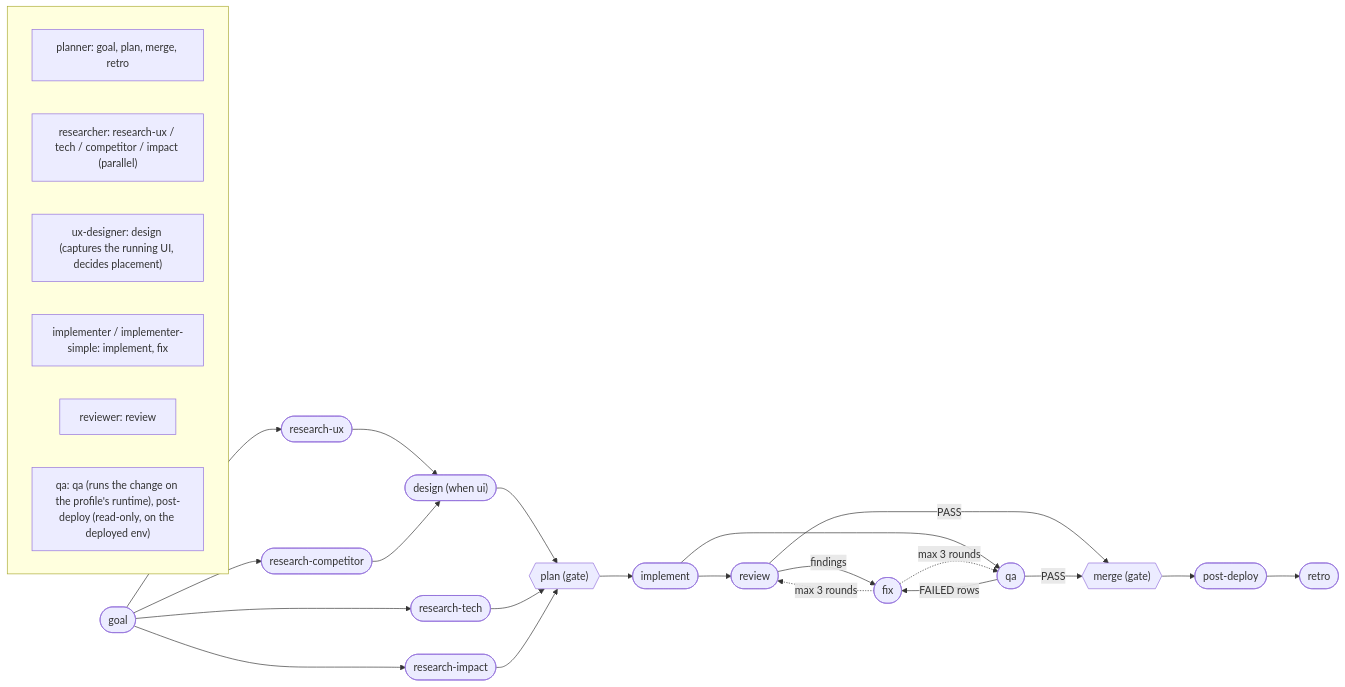
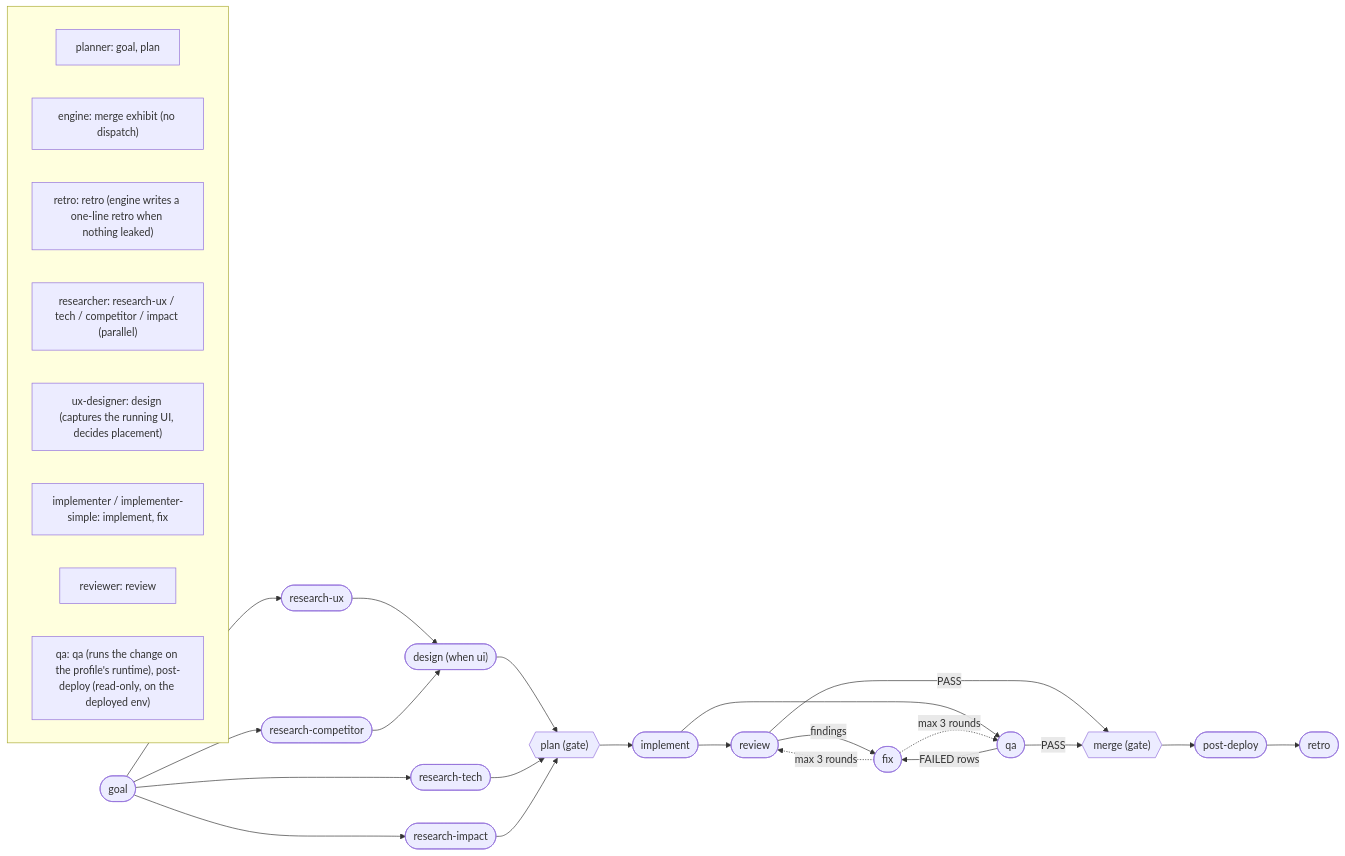
The diagram in README.md (ShonP/graph-engineering), drawn with Mermaid before and after one commit. The commit also changed other lines of this file and 1 other file, not shown here.

````diff
--- a/README.md
+++ b/README.md
@@ -31,23 +31,25 @@
 ```mermaid
 flowchart LR
     goal([goal]) --> rux([research-ux]) & rtech([research-tech]) & rcomp([research-competitor]) & rimp([research-impact])
     rux & rcomp --> design(["design (when ui)"])
     design & rtech & rimp --> plan{{"plan (gate)"}}
     plan --> implement([implement])
     implement --> review([review]) & qa([qa])
     review -->|findings| fix([fix])
     qa -->|FAILED rows| fix
     fix -.->|"max 3 rounds"| review & qa
     review & qa -->|PASS| merge{{"merge (gate)"}}
     merge --> post([post-deploy]) --> retro([retro])
 
     subgraph agents [" "]
         direction LR
-        a1["planner: goal, plan, merge, retro"]
+        a1["planner: goal, plan"]
+        a6["engine: merge exhibit (no dispatch)"]
+        a7["retro: retro (engine writes a one-line retro when nothing leaked)"]
         a0["researcher: research-ux / tech / competitor / impact (parallel)"]
         a5["ux-designer: design (captures the running UI, decides placement)"]
         a2["implementer / implementer-simple: implement, fix"]
         a3["reviewer: review"]
         a4["qa: qa (runs the change on the profile's runtime), post-deploy (read-only, on the deployed env)"]
     end
 ```
````
